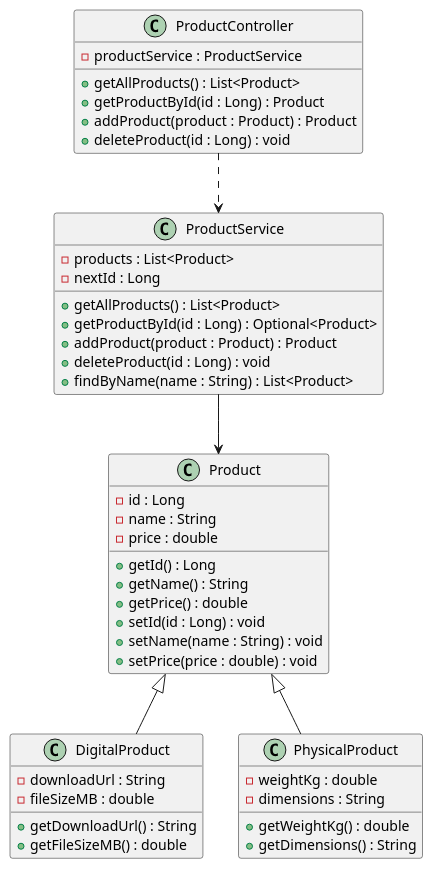
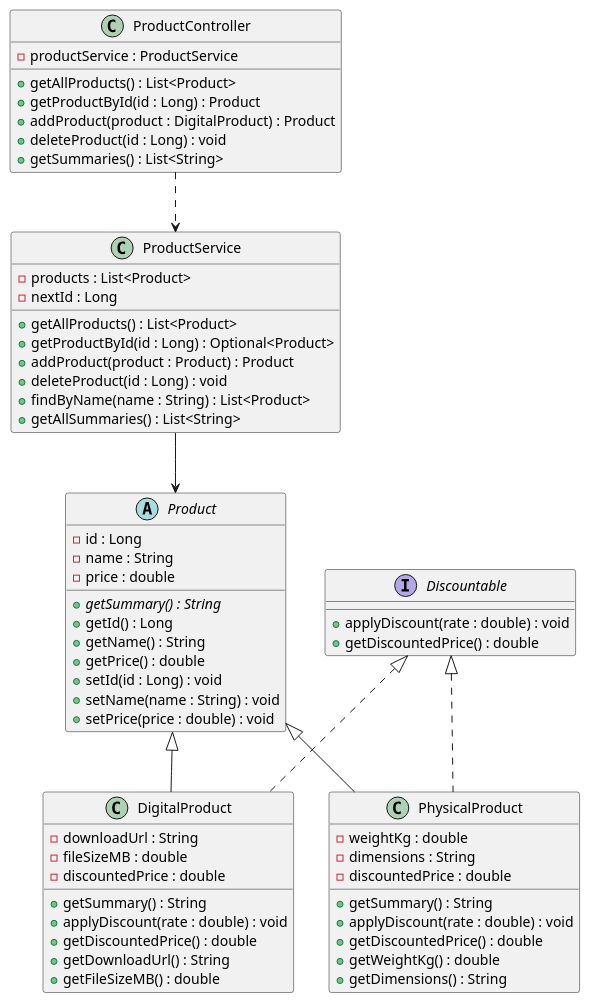
The diagram in docs/Product.puml (Yevan-0/OOP-Tutorial), drawn with PlantUML before and after one commit. The commit also changed 6 other files, not shown here.

Commit message:
Tutorial 5: polymorphism — getSummary override and Discountable interface

```diff
--- a/docs/Product.puml
+++ b/docs/Product.puml
@@ -1,55 +1,71 @@
 @startuml
-class Product {
+abstract class Product {
  - id : Long
  - name : String
  - price : double
+ + {abstract} getSummary() : String
  + getId() : Long
  + getName() : String
  + getPrice() : double
  + setId(id : Long) : void
  + setName(name : String) : void
  + setPrice(price : double) : void
 }
 
+interface Discountable {
+ + applyDiscount(rate : double) : void
+ + getDiscountedPrice() : double
+}
+
 class DigitalProduct {
  - downloadUrl : String
  - fileSizeMB : double
+ - discountedPrice : double
+ + getSummary() : String
+ + applyDiscount(rate : double) : void
+ + getDiscountedPrice() : double
  + getDownloadUrl() : String
  + getFileSizeMB() : double
 }
 
 class PhysicalProduct {
  - weightKg : double
  - dimensions : String
+ - discountedPrice : double
+ + getSummary() : String
+ + applyDiscount(rate : double) : void
+ + getDiscountedPrice() : double
  + getWeightKg() : double
  + getDimensions() : String
 }
 
 class ProductService {
  - products : List<Product>
  - nextId : Long
  + getAllProducts() : List<Product>
  + getProductById(id : Long) : Optional<Product>
  + addProduct(product : Product) : Product
  + deleteProduct(id : Long) : void
  + findByName(name : String) : List<Product>
+ + getAllSummaries() : List<String>
 }
 
 class ProductController {
  - productService : ProductService
  + getAllProducts() : List<Product>
  + getProductById(id : Long) : Product
- + addProduct(product : Product) : Product
+ + addProduct(product : DigitalProduct) : Product
  + deleteProduct(id : Long) : void
+ + getSummaries() : List<String>
 }
 
-' <|-- is the inheritance arrow. The hollow triangle sits at the PARENT (Product).
+' <|-- generalisation (extends): SOLID line
 Product <|-- DigitalProduct
 Product <|-- PhysicalProduct
-
-' ..> is a dependency: DASHED line, open arrow
+' <|.. realisation (implements): DASHED line
+Discountable <|.. DigitalProduct
+Discountable <|.. PhysicalProduct
+' dependency and association
 ProductController ..> ProductService
-
-' --> is an association: SOLID line
 ProductService --> Product
 @enduml
```
